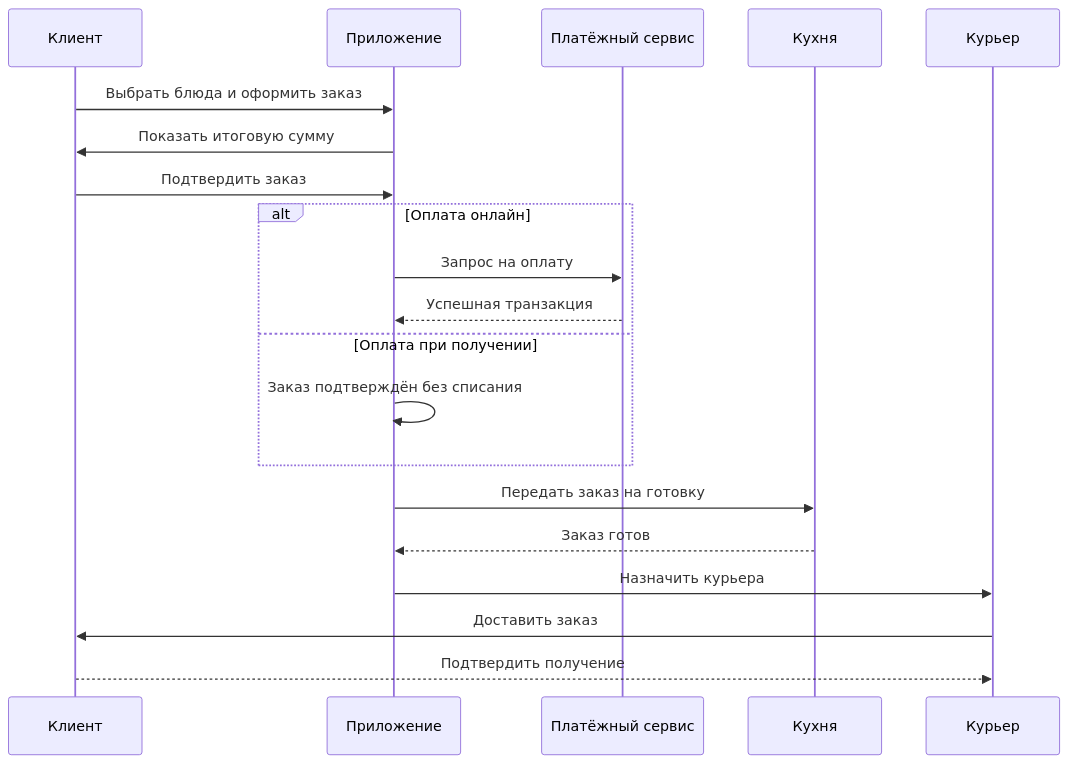
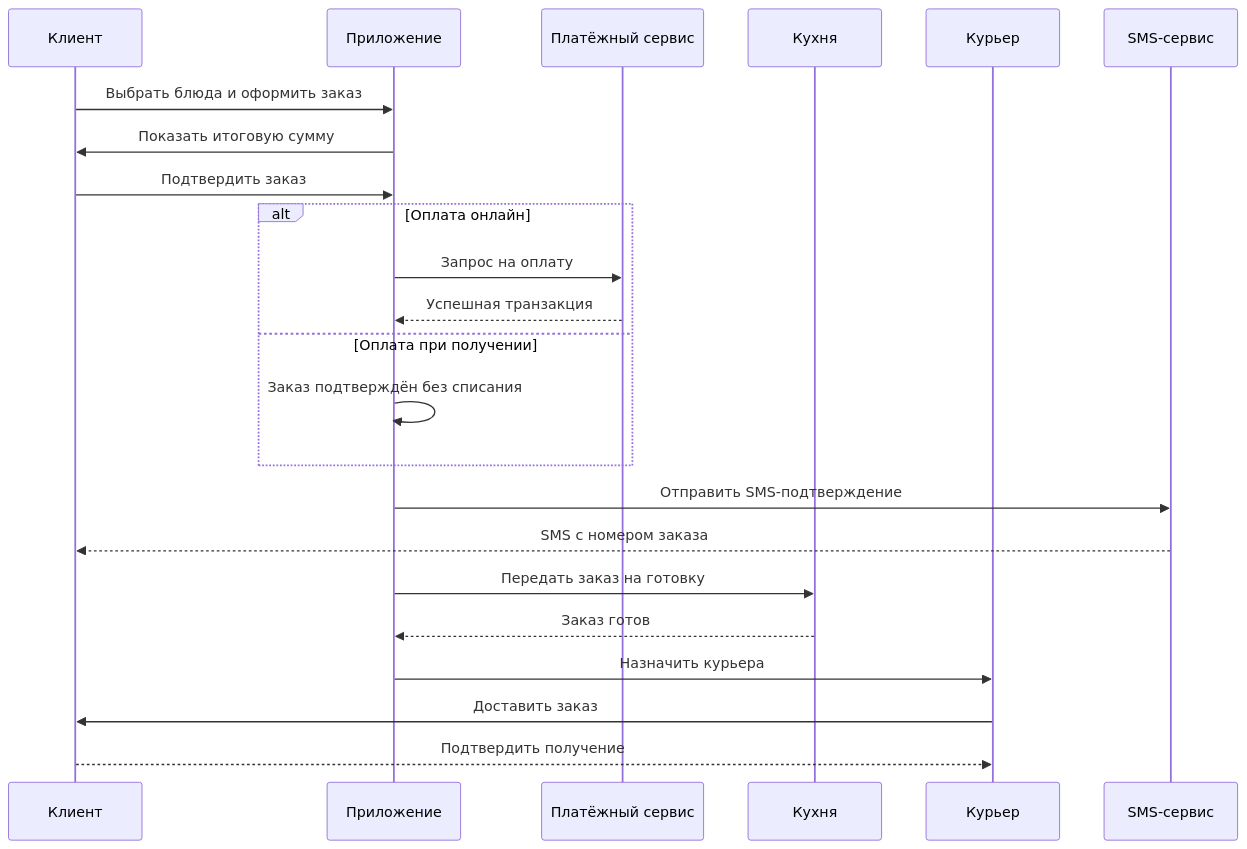
Before and after one commit to Taffy-hab/visual-programming-labs--Kunda-: the diagram in lab1/docs/sequence.md, drawn with Mermaid. The commit also changed other lines of this file and 3 other files, not shown here.

Commit message:
add minor changes (UML, Sequence, Flowchart)

````diff
--- a/lab1/docs/sequence.md
+++ b/lab1/docs/sequence.md
@@ -3,25 +3,29 @@
 ```mermaid
 sequenceDiagram
     participant C as Клиент
     participant A as Приложение
     participant P as Платёжный сервис
     participant K as Кухня
     participant D as Курьер
+    participant S as SMS-сервис
 
     C->>A: Выбрать блюда и оформить заказ
     A->>C: Показать итоговую сумму
     C->>A: Подтвердить заказ
 
     alt Оплата онлайн
         A->>P: Запрос на оплату
         P-->>A: Успешная транзакция
     else Оплата при получении
         A->>A: Заказ подтверждён без списания
     end
 
+    A->>S: Отправить SMS-подтверждение
+    S-->>C: SMS с номером заказа
+
     A->>K: Передать заказ на готовку
     K-->>A: Заказ готов
     A->>D: Назначить курьера
     D->>C: Доставить заказ
     C-->>D: Подтвердить получение
 ```
````
